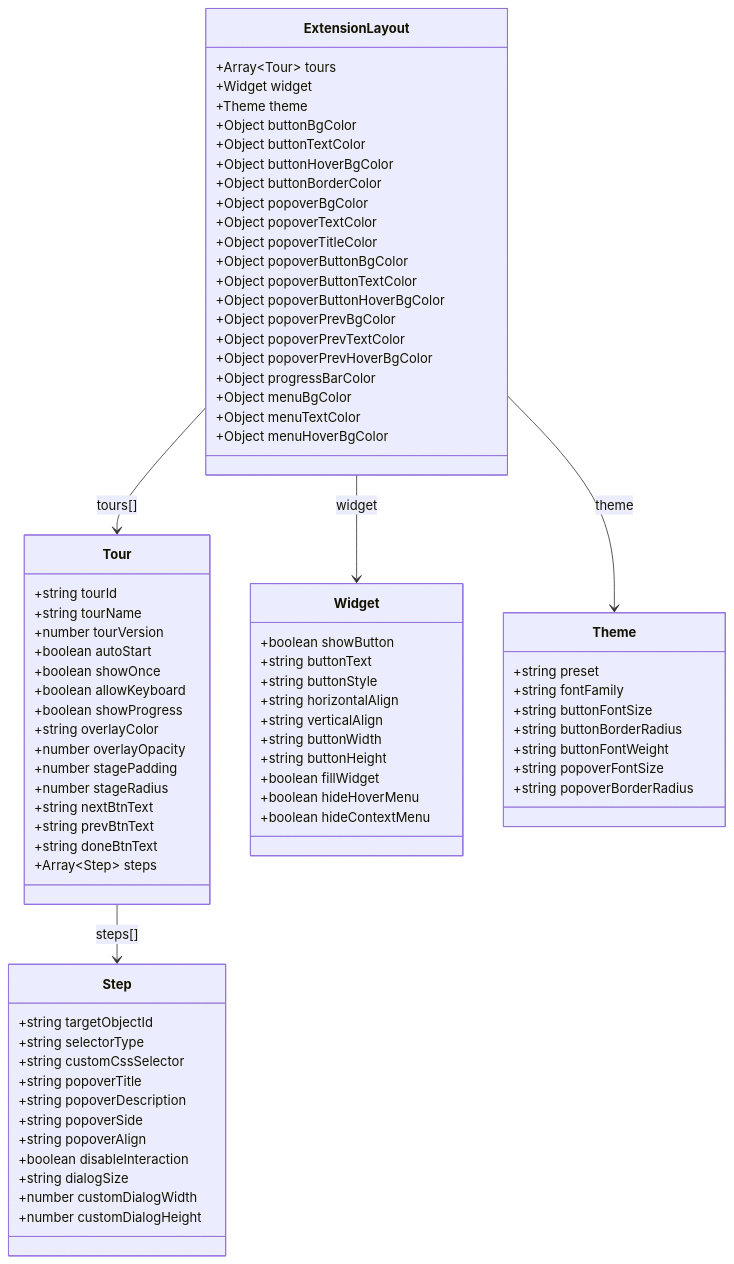
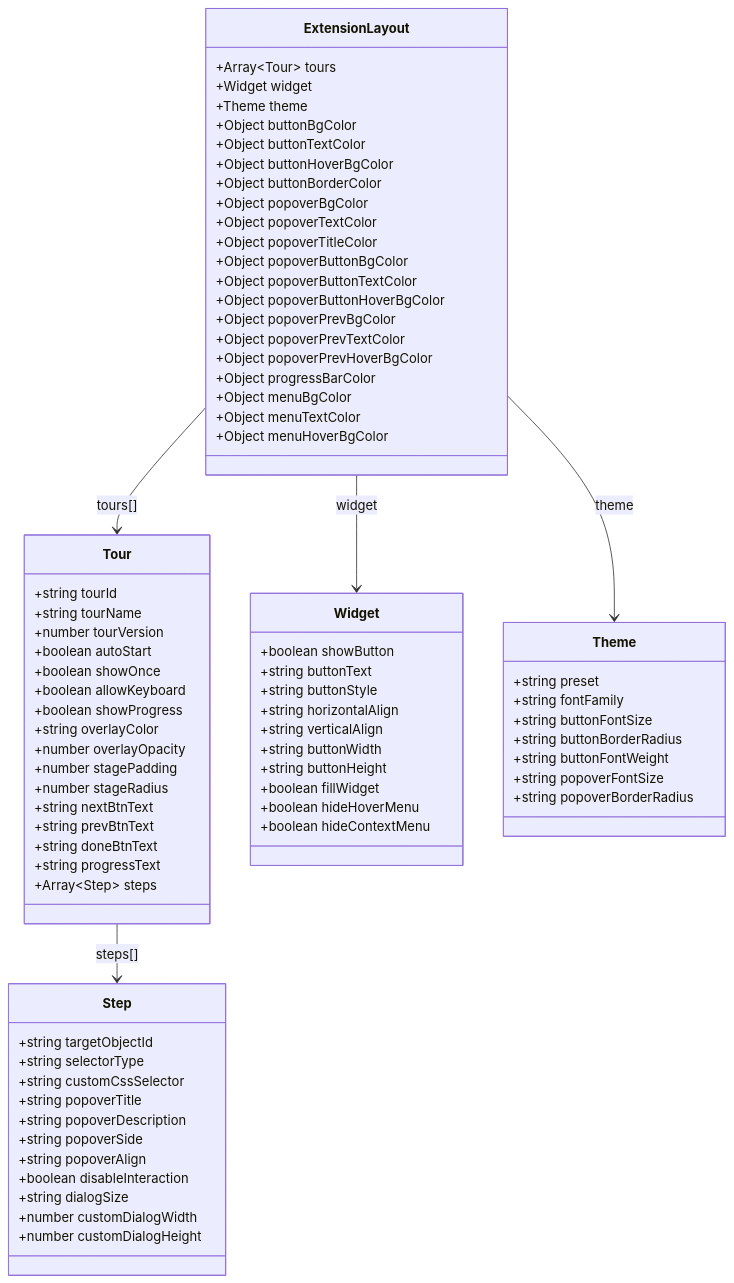
Before and after one commit to ptarmiganlabs/onboard.qs: the first of 6 diagrams in docs/TOUR-SYSTEM.md, drawn with Mermaid. The commit also changed other lines of this file and 7 other files, not shown here.

First line of the commit message:
feat(tour): make the progress text configurable per tour

```diff
--- a/docs/TOUR-SYSTEM.md
+++ b/docs/TOUR-SYSTEM.md
@@ -46,6 +46,7 @@
         +string nextBtnText
         +string prevBtnText
         +string doneBtnText
+        +string progressText
         +Array~Step~ steps
     }
 
```
